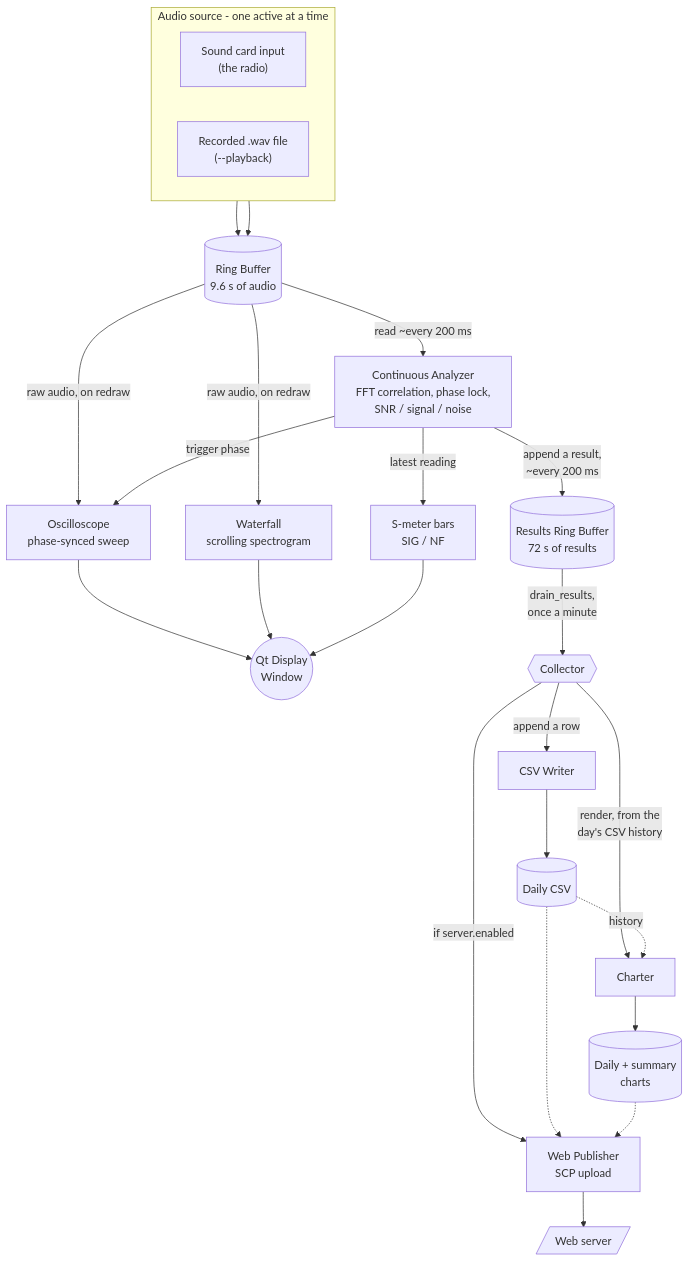
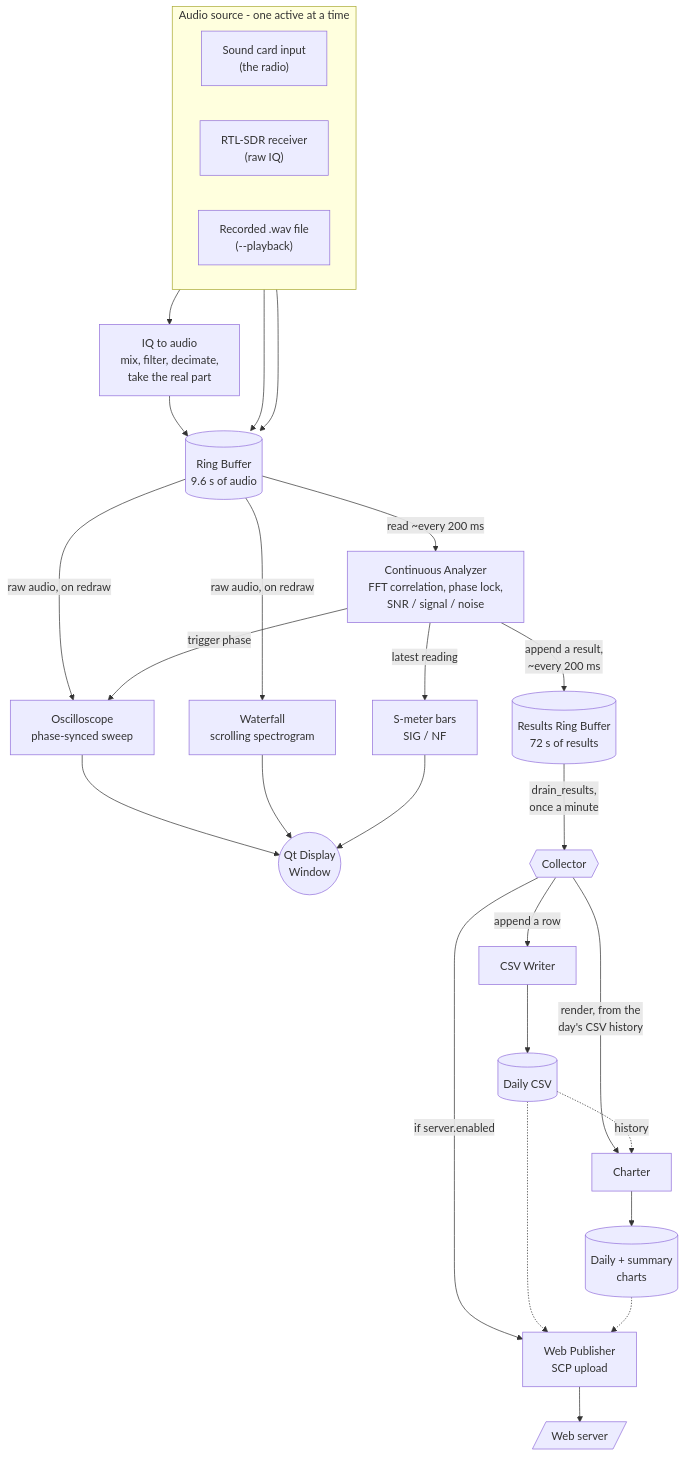
One commit to spatula75/n6ol-powerline-qrm-monitor changed the diagram in docs/concepts/how-it-works.md. Above: the diagram before and after it, drawn with Mermaid. The commit also changed other lines of this file and 28 other files, not shown here.

First line of the commit message:
Add RTL-SDR support (#25)

````diff
--- a/docs/concepts/how-it-works.md
+++ b/docs/concepts/how-it-works.md
@@ -5,36 +5,39 @@
 ```mermaid
 flowchart TB
     subgraph SOURCE["Audio source - one active at a time"]
         direction LR
         MIC["Sound card input<br/>(the radio)"]
+        SDR["RTL-SDR receiver<br/>(raw IQ)"]
         WAVFILE["Recorded .wav file<br/>(--playback)"]
     end
 
     MIC --> RB[("Ring Buffer<br/>9.6 s of audio")]
+    SDR --> IQ["IQ to audio<br/>mix, filter, decimate,<br/>take the real part"]
+    IQ --> RB
     WAVFILE --> RB
 
     RB -->|raw audio, on redraw| SCOPE["Oscilloscope<br/>phase-synced sweep"]
     RB -->|raw audio, on redraw| WATERFALL["Waterfall<br/>scrolling spectrogram"]
     RB -->|read ~every 200 ms| ANALYZER["Continuous Analyzer<br/>FFT correlation, phase lock,<br/>SNR / signal / noise"]
 
     ANALYZER -->|trigger phase| SCOPE
     ANALYZER -->|latest reading| SMETER["S-meter bars<br/>SIG / NF"]
 
     SCOPE --> DISPLAY(("Qt Display<br/>Window"))
     WATERFALL --> DISPLAY
     SMETER --> DISPLAY
 
     ANALYZER -->|append a result,<br/>~every 200 ms| RESULTS[("Results Ring Buffer<br/>72 s of results")]
     RESULTS -->|drain_results,<br/>once a minute| COLLECTOR{{"Collector"}}
 
     COLLECTOR -->|append a row| CSVWRITER["CSV Writer"]
     CSVWRITER --> CSVFILE[("Daily CSV")]
     COLLECTOR -->|render, from the<br/>day's CSV history| CHARTER["Charter"]
     CSVFILE -.->|history| CHARTER
     CHARTER --> PLOTS[("Daily + summary<br/>charts")]
 
     COLLECTOR -->|if server.enabled| PUBLISHER["Web Publisher<br/>SCP upload"]
     CSVFILE -.-> PUBLISHER
     PLOTS -.-> PUBLISHER
     PUBLISHER --> WEBSERVER[/"Web server"/]
 ```
````
